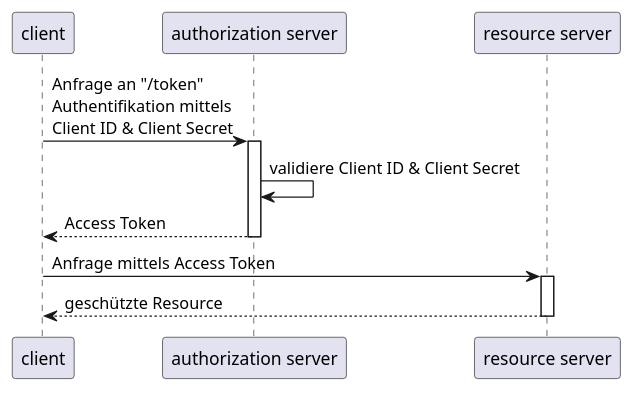
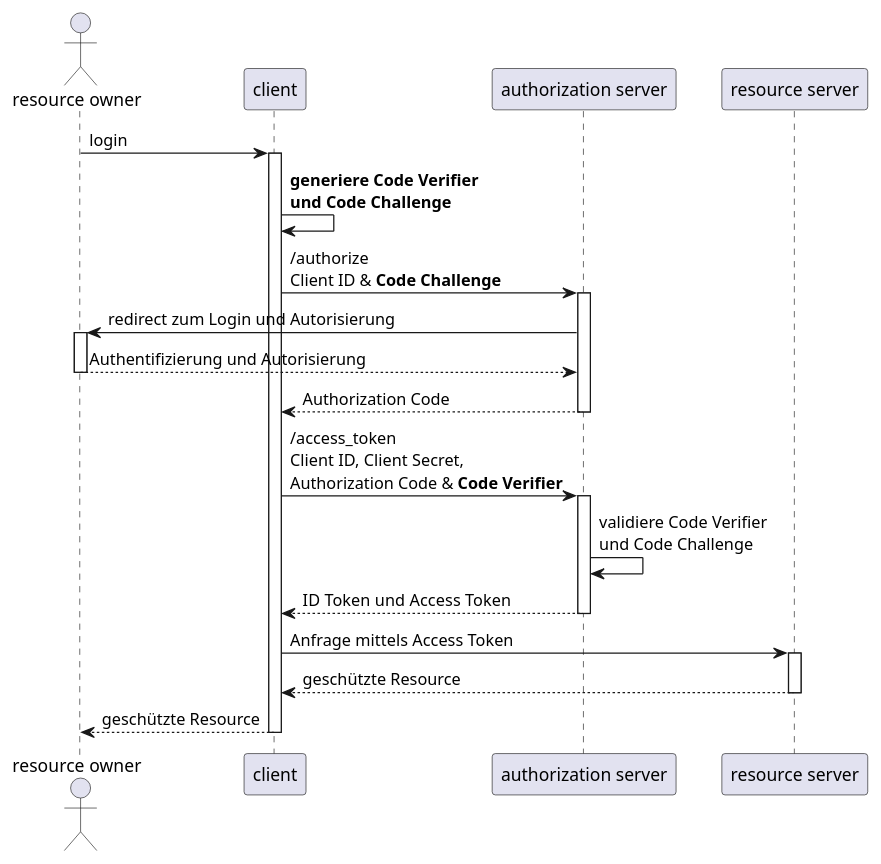
The third of 4 diagrams in 5_auth-flows.md (gaerfield/2021-08-oauth2-talk), drawn with PlantUML before and after one commit. The commit also changed other lines of this file and 3 other files, not shown here.

````diff
--- a/5_auth-flows.md
+++ b/5_auth-flows.md
@@ -60,11 +86,19 @@
 ```puml
+actor "resource owner" as user
 participant "client" as app
 participant "authorization server" as auth
 participant "resource server" as backend
 
-app -> auth++ : Anfrage an "/token"\nAuthentifikation mittels\nClient ID & Client Secret
-auth -> auth : validiere Client ID & Client Secret
-return Access Token
+user -> app++ : login
+app -> app : **generiere Code Verifier**\n**und Code Challenge**
+app -> auth++ : /authorize\nClient ID & **Code Challenge**
+auth -> user++ : redirect zum Login und Autorisierung
+return Authentifizierung und Autorisierung
+return Authorization Code
+app -> auth++ : /access_token\nClient ID, Client Secret,\nAuthorization Code & **Code Verifier**
+auth -> auth : validiere Code Verifier\nund Code Challenge
+return ID Token und Access Token
 app -> backend++ : Anfrage mittels Access Token
 return geschützte Resource
+return geschützte Resource
 ```
````
